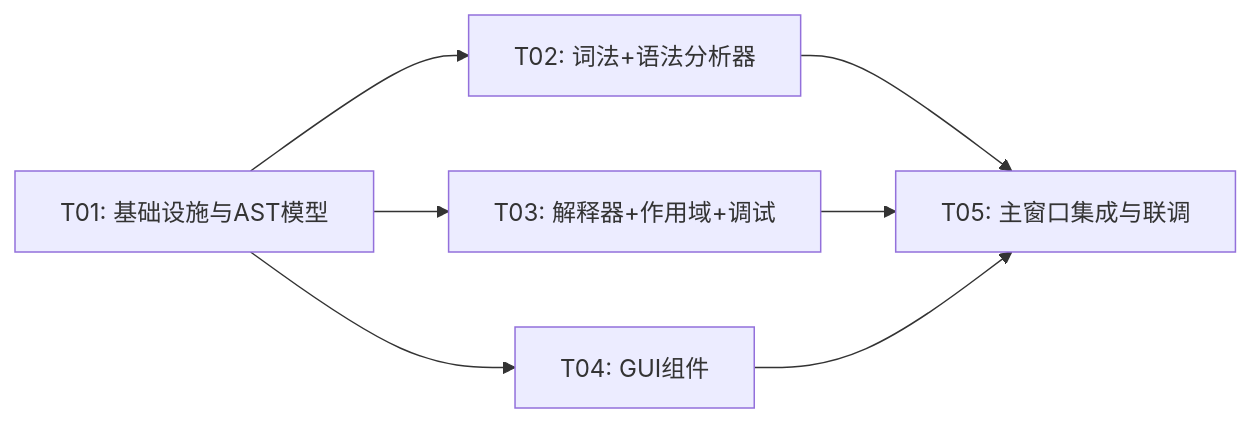
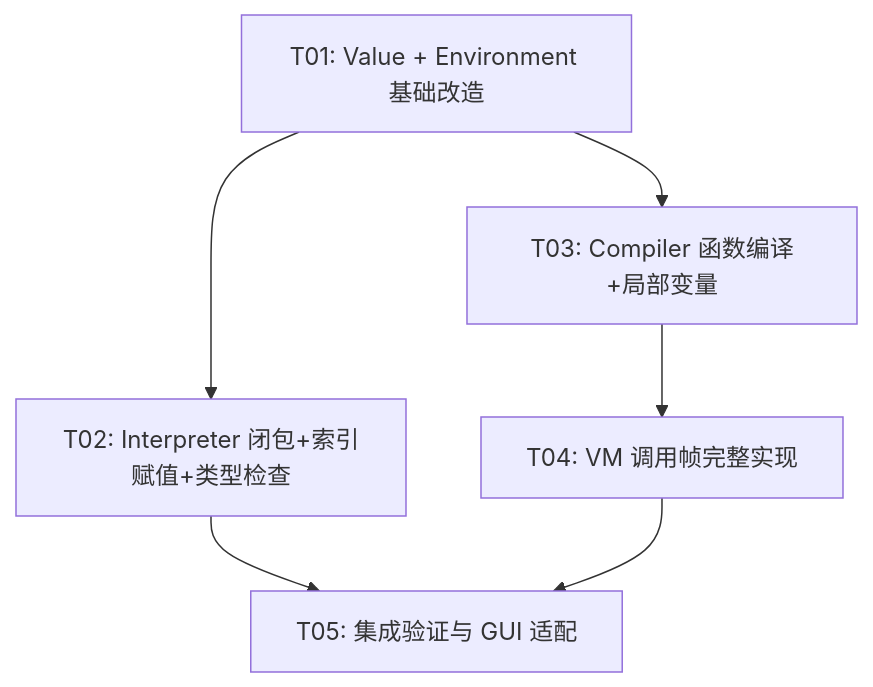
Before and after one commit to panyuncreater/ide: the diagram in docs/system_design.md, drawn with Mermaid. The commit also changed other lines of this file and 31 other files, not shown here.

````diff
--- a/docs/system_design.md
+++ b/docs/system_design.md
@@ -849,9 +920,14 @@
 ```mermaid
-graph LR
-    T01[T01: 基础设施与AST模型] --> T02[T02: 词法+语法分析器]
-    T01 --> T03[T03: 解释器+作用域+调试]
-    T01 --> T04[T04: GUI组件]
-    T02 --> T05[T05: 主窗口集成与联调]
-    T03 --> T05
+graph TD
+    T01["T01: Value + Environment 基础改造"]
+    T02["T02: Interpreter 闭包+索引赋值+类型检查"]
+    T03["T03: Compiler 函数编译+局部变量"]
+    T04["T04: VM 调用帧完整实现"]
+    T05["T05: 集成验证与 GUI 适配"]
+
+    T01 --> T02
+    T01 --> T03
+    T03 --> T04
+    T02 --> T05
     T04 --> T05
 ```
````
